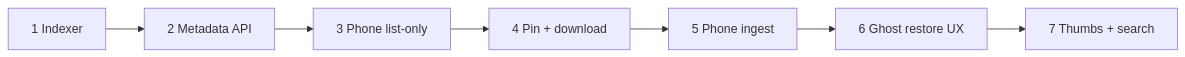
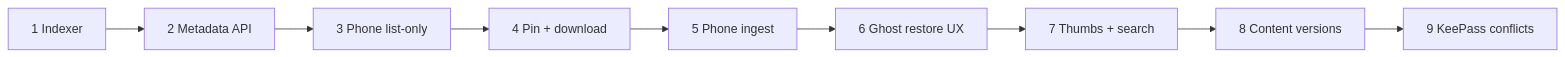
One commit to hamburg1r/homesync changed the diagram in docs/roadmap.md. Above: the diagram before and after it, drawn with Mermaid. The commit also changed other lines of this file and 38 other files, not shown here.

First line of the commit message:
Add content versions, KeePass conflict outbox, and soft-delete hash tombstones.

````diff
--- a/docs/roadmap.md
+++ b/docs/roadmap.md
@@ -9,9 +9,11 @@
 ```mermaid
 flowchart LR
   S1[1 Indexer] --> S2[2 Metadata API]
   S2 --> S3[3 Phone list-only]
   S3 --> S4[4 Pin + download]
   S4 --> S5[5 Phone ingest]
   S5 --> S6[6 Ghost restore UX]
   S6 --> S7[7 Thumbs + search]
+  S7 --> S8[8 Content versions]
+  S8 --> S9[9 KeePass conflicts]
 ```
````
